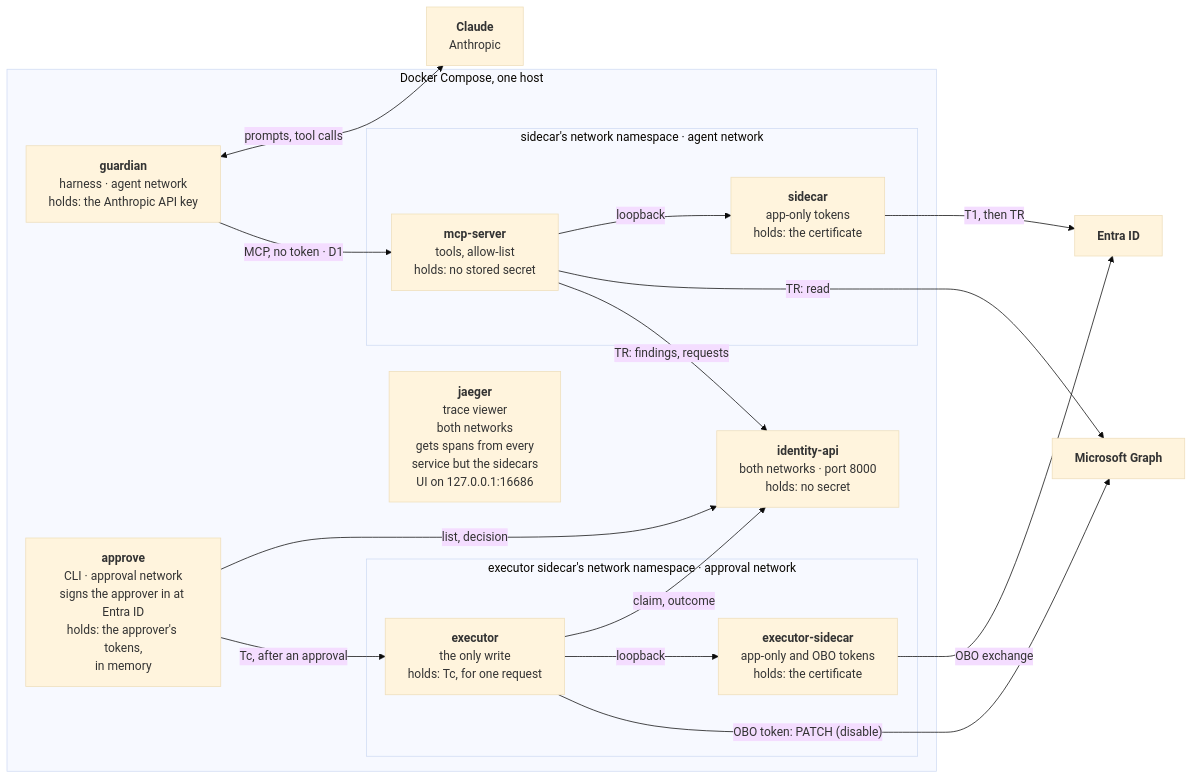
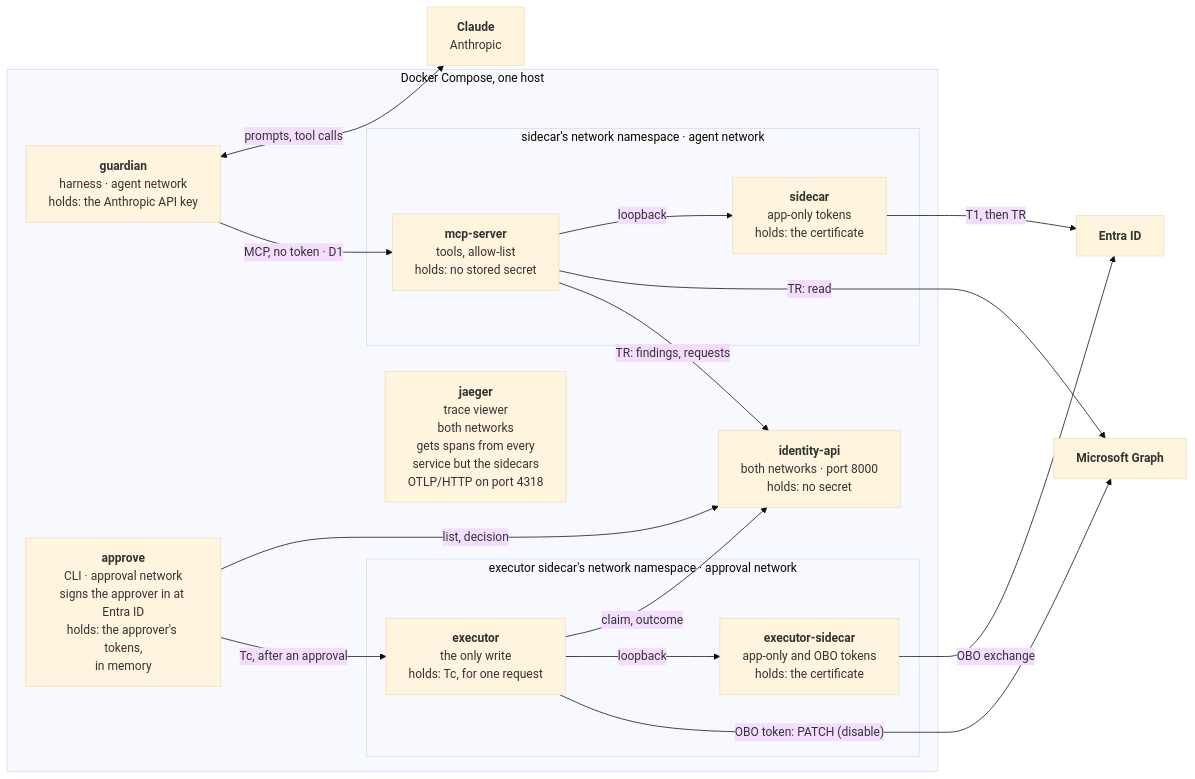
The second of 6 diagrams in docs/agent-steward-architecture.md (alireza-mpr/agent-steward), drawn with Mermaid (base theme) before and after one commit.

Commit message:
docs(architecture): the Jaeger box names its OTLP port

````diff
--- a/docs/agent-steward-architecture.md
+++ b/docs/agent-steward-architecture.md
@@ -102,38 +102,38 @@
 ```mermaid
 %%{init: {"flowchart": {"subGraphTitleMargin": {"top": 0, "bottom": 30}}}}%%
 flowchart LR
     MODEL["<b>Claude</b><br/>Anthropic"]
     ENTRA["<b>Entra ID</b>"]
     GRAPH["<b>Microsoft Graph</b>"]
     subgraph HOST["Docker Compose, one host"]
         HARNESS["<b>guardian</b><br/>harness · agent network<br/>holds: the Anthropic API key"]
         subgraph NS["sidecar's network namespace · agent network"]
             MCP["<b>mcp-server</b><br/>tools, allow-list<br/>holds: no stored secret"]
             SIDECAR["<b>sidecar</b><br/>app-only tokens<br/>holds: the certificate"]
         end
-        JAEGER["<b>jaeger</b><br/>trace viewer<br/>both networks<br/>gets spans from every<br/>service but the sidecars<br/>UI on 127.0.0.1:16686"]
+        JAEGER["<b>jaeger</b><br/>trace viewer<br/>both networks<br/>gets spans from every<br/>service but the sidecars<br/>OTLP/HTTP on port 4318"]
         API["<b>identity-api</b><br/>both networks · port 8000<br/>holds: no secret"]
         APPROVE["<b>approve</b><br/>CLI · approval network<br/>signs the approver in at Entra ID<br/>holds: the approver's tokens,<br/>in memory"]
         subgraph NSX["executor sidecar's network namespace · approval network"]
             EXEC["<b>executor</b><br/>the only write<br/>holds: Tc, for one request"]
             XSIDECAR["<b>executor-sidecar</b><br/>app-only and OBO tokens<br/>holds: the certificate"]
         end
     end
 
     HARNESS <-->|"prompts, tool calls"| MODEL
     HARNESS -->|"MCP, no token · D1"| MCP
     MCP -->|"loopback"| SIDECAR
     SIDECAR -->|"T1, then TR"| ENTRA
     MCP -->|"TR: read"| GRAPH
     MCP -->|"TR: findings, requests"| API
     APPROVE -->|"list, decision"| API
     APPROVE -->|"Tc, after an approval"| EXEC
     XSIDECAR -->|"OBO exchange"| ENTRA
     EXEC -->|"claim, outcome"| API
     EXEC -->|"loopback"| XSIDECAR
     EXEC -->|"OBO token: PATCH (disable)"| GRAPH
     %% invisible link: keeps Graph in the right column, next to Entra ID
     API ~~~ GRAPH
     %% invisible link: keeps jaeger in the middle, clear of the other lines
     JAEGER ~~~ API
 ```
````
